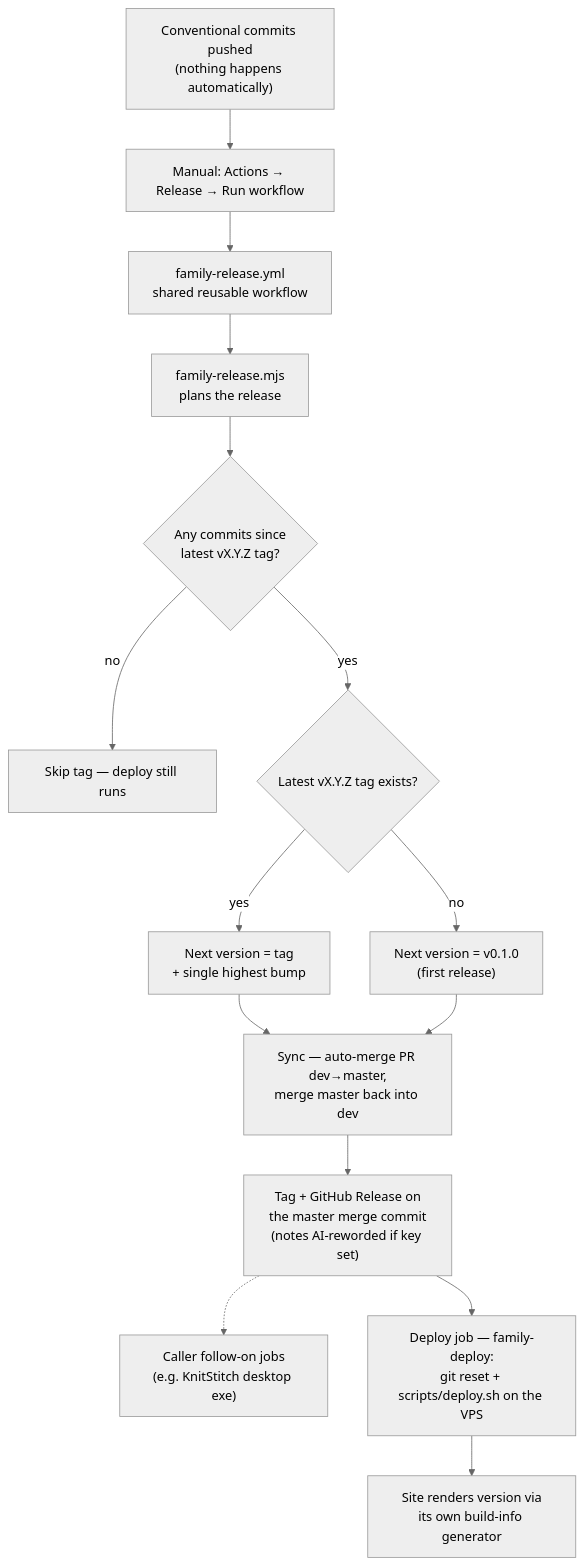
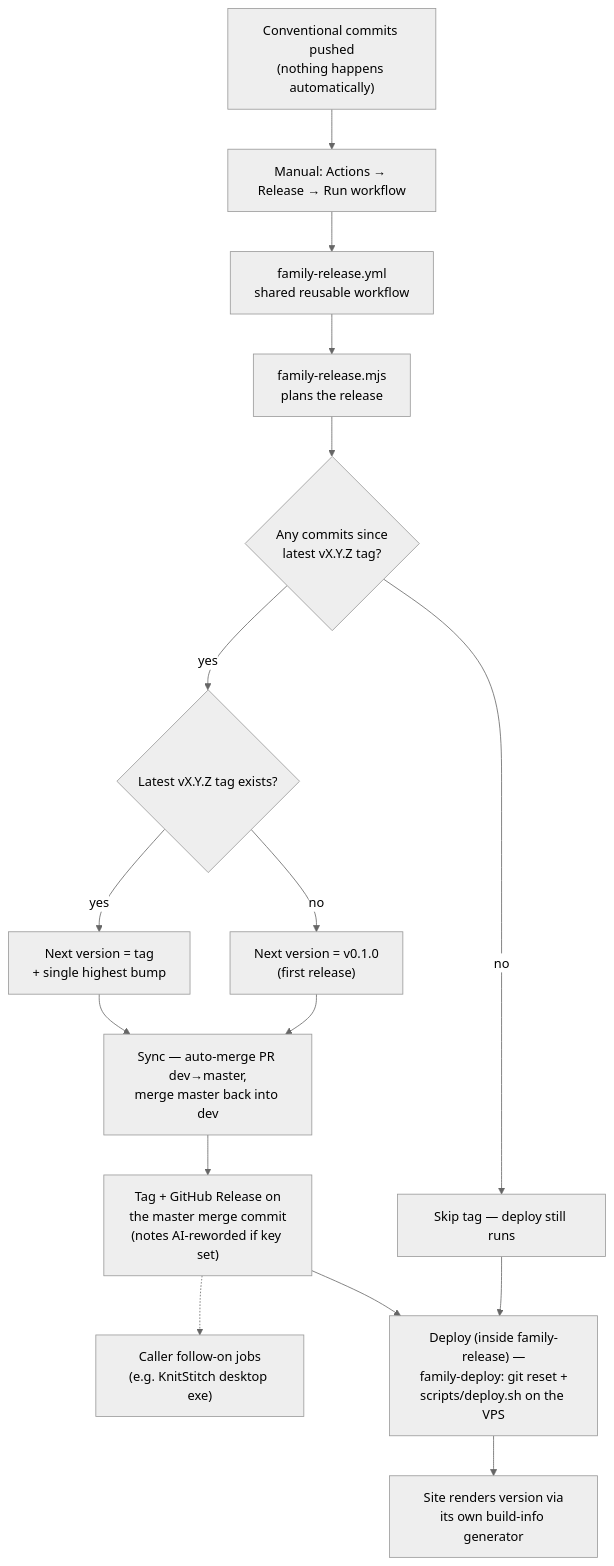
One commit to Box-of-Dragons/StructuredChaos changed the diagram in docs/git-rules.md. Above: the diagram before and after it, drawn with Mermaid (neutral theme). The commit also changed other lines of this file and 2 other files, not shown here.

Commit message:
feat(ci): deploy to the VPS from inside the shared release workflow

````diff
--- a/docs/git-rules.md
+++ b/docs/git-rules.md
@@ -96,17 +96,18 @@
 ```mermaid
 flowchart TD
     A["Conventional commits pushed<br>(nothing happens automatically)"] --> B["Manual: Actions → Release → Run workflow"]
     B --> C["family-release.yml<br>shared reusable workflow"]
     C --> D["family-release.mjs<br>plans the release"]
     D --> E{"Any commits since<br>latest vX.Y.Z tag?"}
     E -- "no" --> F["Skip tag — deploy still runs"]
     E -- "yes" --> G{"Latest vX.Y.Z tag exists?"}
     G -- "yes" --> H["Next version = tag<br>+ single highest bump"]
     G -- "no" --> I["Next version = v0.1.0<br>(first release)"]
     H --> J["Sync — auto-merge PR dev→master,<br>merge master back into dev"]
     I --> J
     J --> K["Tag + GitHub Release on<br>the master merge commit<br>(notes AI-reworded if key set)"]
     K -.-> K2["Caller follow-on jobs<br>(e.g. KnitStitch desktop exe)"]
-    K --> L["Deploy job — family-deploy:<br>git reset + scripts/deploy.sh on the VPS"]
+    K --> L["Deploy (inside family-release) —<br>family-deploy: git reset +<br>scripts/deploy.sh on the VPS"]
+    F --> L
     L --> M["Site renders version via<br>its own build-info generator"]
 ```
````
